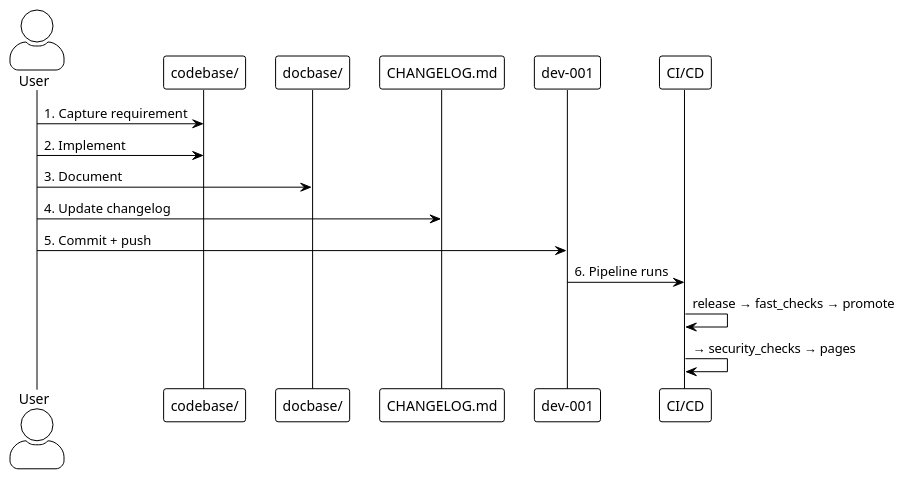
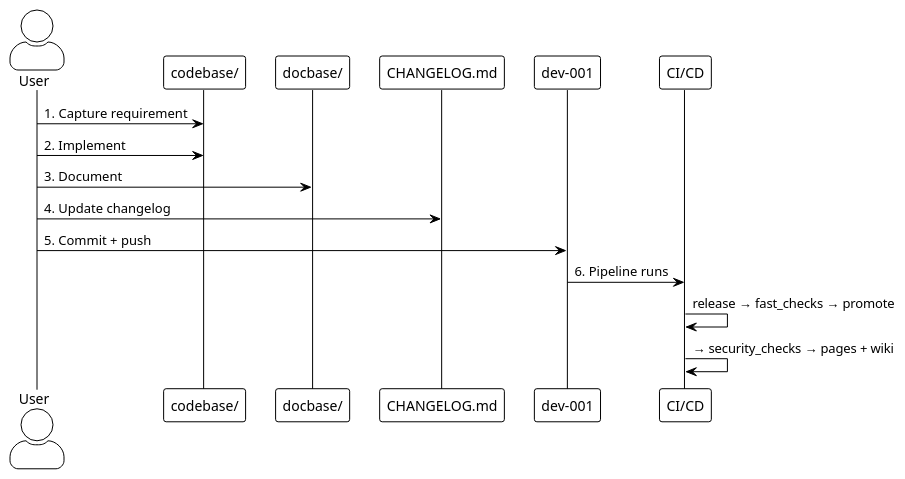
Before and after one commit to Mcc-Mak/opencode-workflow-demo: the second of 2 diagrams in README.md, drawn with PlantUML. The commit also changed other lines of this file and 29 other files, not shown here.

First line of the commit message:
feat: deploy codebase to Pages, docbase to Wiki (0.4.0)

````diff
--- a/README.md
+++ b/README.md
@@ -60,22 +62,22 @@
 ```plantuml
 @startuml
 !theme plain
 skinparam actorStyle awesome
 
 actor User as U
 participant "codebase/" as C
 participant "docbase/" as D
 participant "CHANGELOG.md" as CL
 participant "dev-001" as G
 participant "CI/CD" as CI
 
 U -> C : 1. Capture requirement
 U -> C : 2. Implement
 U -> D : 3. Document
 U -> CL : 4. Update changelog
 U -> G : 5. Commit + push
 G -> CI : 6. Pipeline runs
 CI -> CI : release → fast_checks → promote
-CI -> CI : → security_checks → pages
+CI -> CI : → security_checks → pages + wiki
 @enduml
 ```
````
